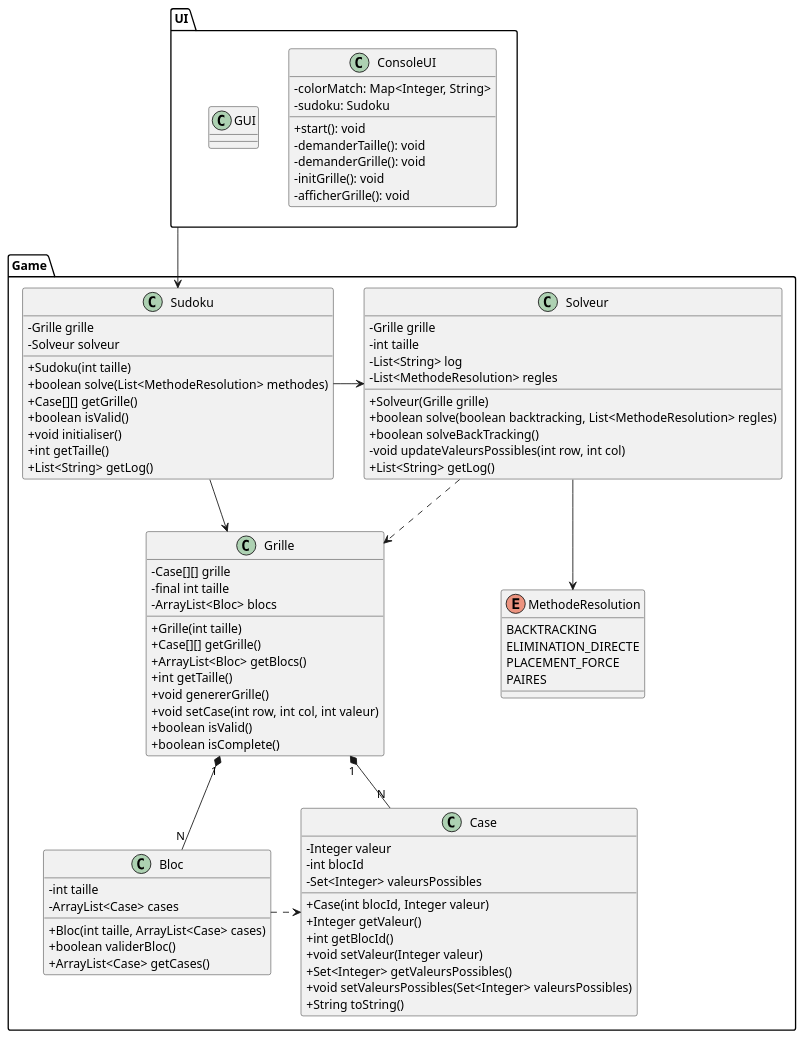
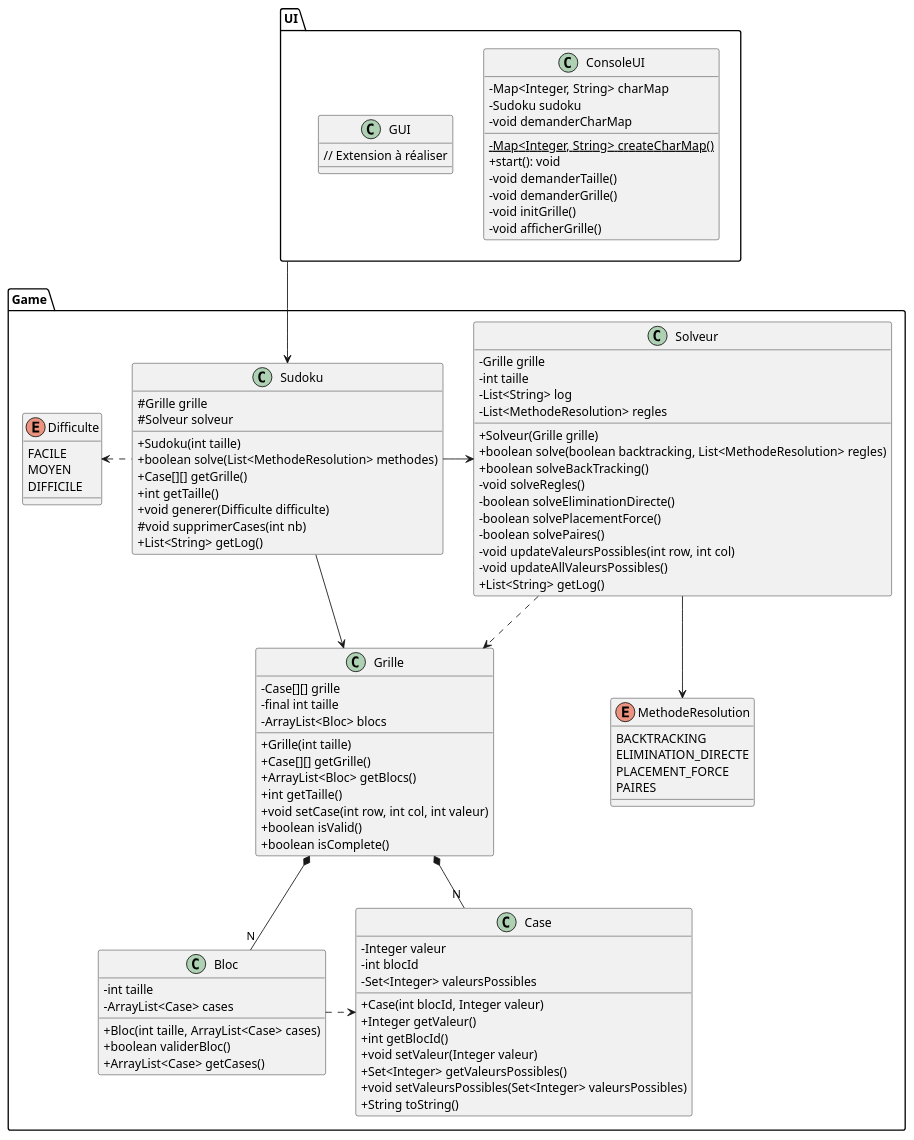
Before and after one commit to R0-M1/Sudoku: the diagram in doc/ClassDiagram.puml, drawn with PlantUML. The commit also changed 8 other files, not shown here.

```diff
--- a/doc/ClassDiagram.puml
+++ b/doc/ClassDiagram.puml
@@ -1,104 +1,117 @@
 @startuml
 'https://plantuml.com/class-diagram
 skinparam classAttributeIconSize 0
 
 package UI {
     class ConsoleUI {
-        - colorMatch: Map<Integer, String>
-        - sudoku: Sudoku
+        - Map<Integer, String> charMap
+        - Sudoku sudoku
+        - {static}Map<Integer, String> createCharMap()
         + start(): void
-        - demanderTaille(): void
-        - demanderGrille(): void
-        - initGrille(): void
-        - afficherGrille(): void
+        - void demanderCharMap
+        - void demanderTaille()
+        - void demanderGrille()
+        - void initGrille()
+        - void afficherGrille()
     }
 
     class GUI {
-
+        // Extension à réaliser
     }
 }
 
 UI --> Game.Sudoku
 
 package Game {
     class Case {
         - Integer valeur
         - int blocId
         - Set<Integer> valeursPossibles
 
         + Case(int blocId, Integer valeur)
         + Integer getValeur()
         + int getBlocId()
         + void setValeur(Integer valeur)
         + Set<Integer> getValeursPossibles()
         + void setValeursPossibles(Set<Integer> valeursPossibles)
         + String toString()
     }
 
     class Bloc {
         - int taille
         - ArrayList<Case> cases
 
         + Bloc(int taille, ArrayList<Case> cases)
         + boolean validerBloc()
         + ArrayList<Case> getCases()
     }
 
     class Grille {
         - Case[][] grille
         - final int taille
         - ArrayList<Bloc> blocs
 
         + Grille(int taille)
         + Case[][] getGrille()
         + ArrayList<Bloc> getBlocs()
         + int getTaille()
-        + void genererGrille()
         + void setCase(int row, int col, int valeur)
         + boolean isValid()
         + boolean isComplete()
     }
 
     class Sudoku {
-        - Grille grille
-        - Solveur solveur
+        # Grille grille
+        # Solveur solveur
 
         + Sudoku(int taille)
         + boolean solve(List<MethodeResolution> methodes)
         + Case[][] getGrille()
-        + boolean isValid()
-        + void initialiser()
         + int getTaille()
+        + void generer(Difficulte difficulte)
+        # void supprimerCases(int nb)
         + List<String> getLog()
+    }
+
+    enum Difficulte {
+        FACILE
+        MOYEN
+        DIFFICILE
     }
 
     class Solveur {
         - Grille grille
         - int taille
         - List<String> log
         - List<MethodeResolution> regles
 
         + Solveur(Grille grille)
         + boolean solve(boolean backtracking, List<MethodeResolution> regles)
         + boolean solveBackTracking()
+        - void solveRegles()
+        - boolean solveEliminationDirecte()
+        - boolean solvePlacementForce()
+        - boolean solvePaires()
         - void updateValeursPossibles(int row, int col)
+        - void updateAllValeursPossibles()
         + List<String> getLog()
     }
 
     enum MethodeResolution {
         BACKTRACKING
         ELIMINATION_DIRECTE
         PLACEMENT_FORCE
         PAIRES
     }
 
 
-    Grille "1" *-- "N" Case
-    Grille "1" *-- "N" Bloc
+    Grille *-- "N" Case
+    Grille *-- "N" Bloc
     Bloc .> Case
     Sudoku -> Grille
     Sudoku -> Solveur
     Solveur ..>  Grille
     Solveur --> MethodeResolution
+    Difficulte <. Sudoku
 }
 @enduml
```
